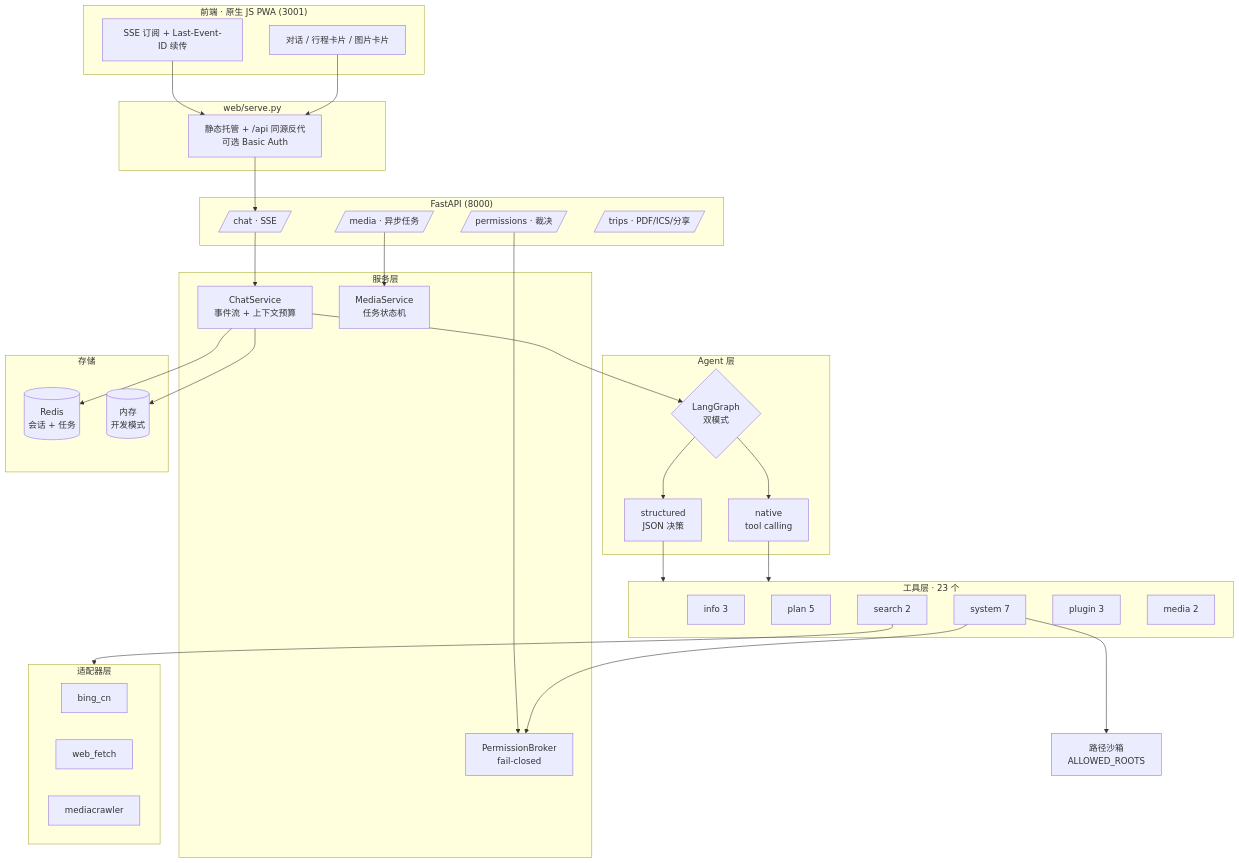
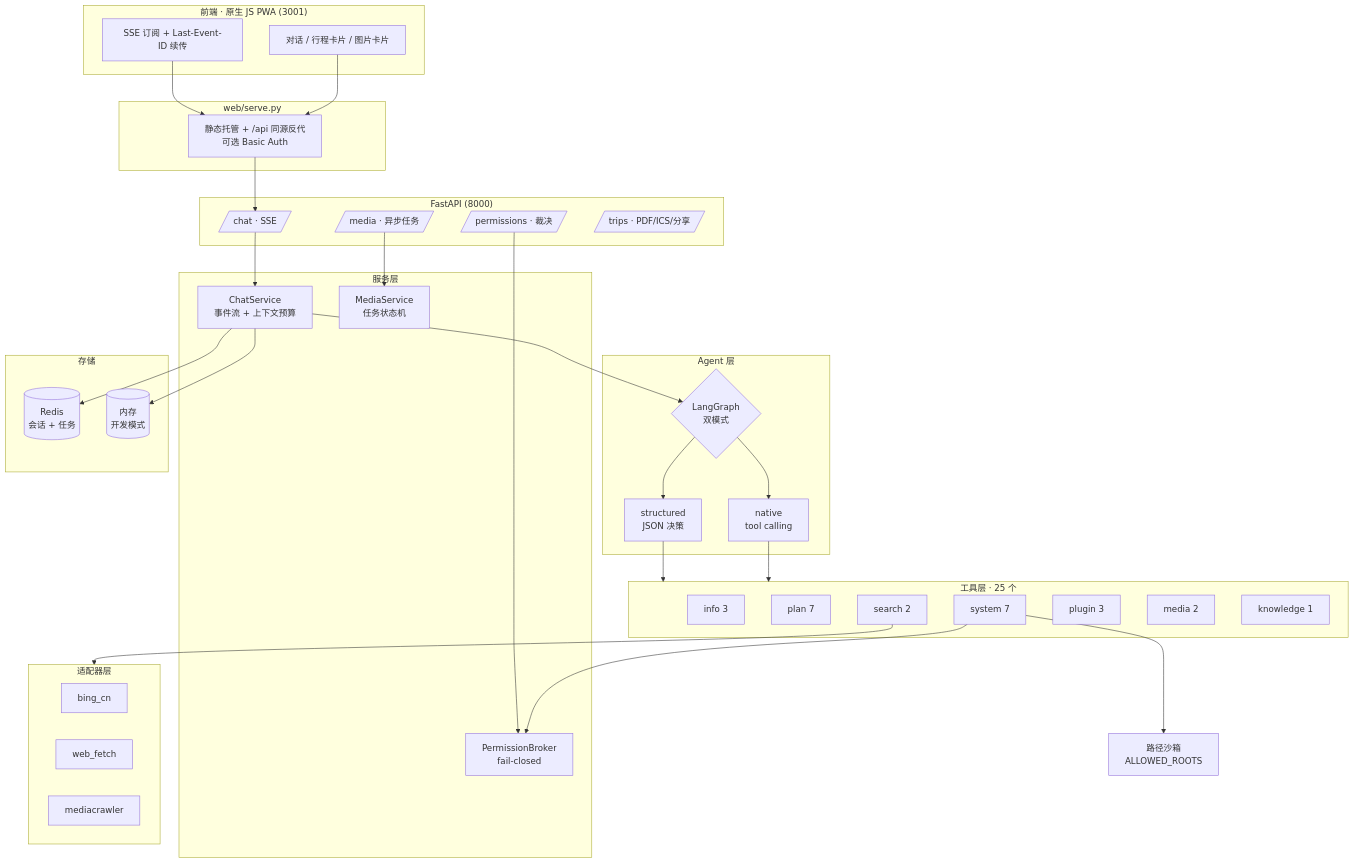
One commit to tongyuan34-ops/ocean-travel-agent changed the diagram in README.md. Above: the diagram before and after it, drawn with Mermaid. The commit also changed other lines of this file, not shown here.

````diff
--- a/README.md
+++ b/README.md
@@ -134,66 +134,67 @@
 ```mermaid
 flowchart TB
     subgraph client["前端 · 原生 JS PWA (3001)"]
         UI[对话 / 行程卡片 / 图片卡片]
         SSE[SSE 订阅 + Last-Event-ID 续传]
     end
 
     subgraph proxy["web/serve.py"]
         PX[静态托管 + /api 同源反代<br/>可选 Basic Auth]
     end
 
     subgraph api["FastAPI (8000)"]
         R1[/chat · SSE/]
         R2[/media · 异步任务/]
         R3[/permissions · 裁决/]
         R4[/trips · PDF/ICS/分享/]
     end
 
     subgraph core["服务层"]
         CS[ChatService<br/>事件流 + 上下文预算]
         PB[PermissionBroker<br/>fail-closed]
         MS[MediaService<br/>任务状态机]
     end
 
     subgraph agent["Agent 层"]
         G{LangGraph<br/>双模式}
         N[native<br/>tool calling]
         S[structured<br/>JSON 决策]
     end
 
-    subgraph tools["工具层 · 23 个"]
+    subgraph tools["工具层 · 25 个"]
         T1[info 3]
-        T2[plan 5]
+        T2[plan 7]
         T3[system 7]
         T4[search 2]
         T5[plugin 3]
         T6[media 2]
+        T7[knowledge 1]
     end
 
     subgraph adapters["适配器层"]
         A1[bing_cn]
         A2[web_fetch]
         A3[mediacrawler]
     end
 
     subgraph store["存储"]
         RD[(Redis<br/>会话 + 任务)]
         MEM[(内存<br/>开发模式)]
     end
 
     UI --> PX --> R1
     SSE --> PX
     R1 --> CS
     CS --> G
     G --> N
     G --> S
     N --> tools
     S --> tools
     T4 --> adapters
     T3 --> SEC[路径沙箱<br/>ALLOWED_ROOTS]
     T3 --> PB
     R3 --> PB
     CS --> RD
     CS --> MEM
     R2 --> MS
 ```
````
